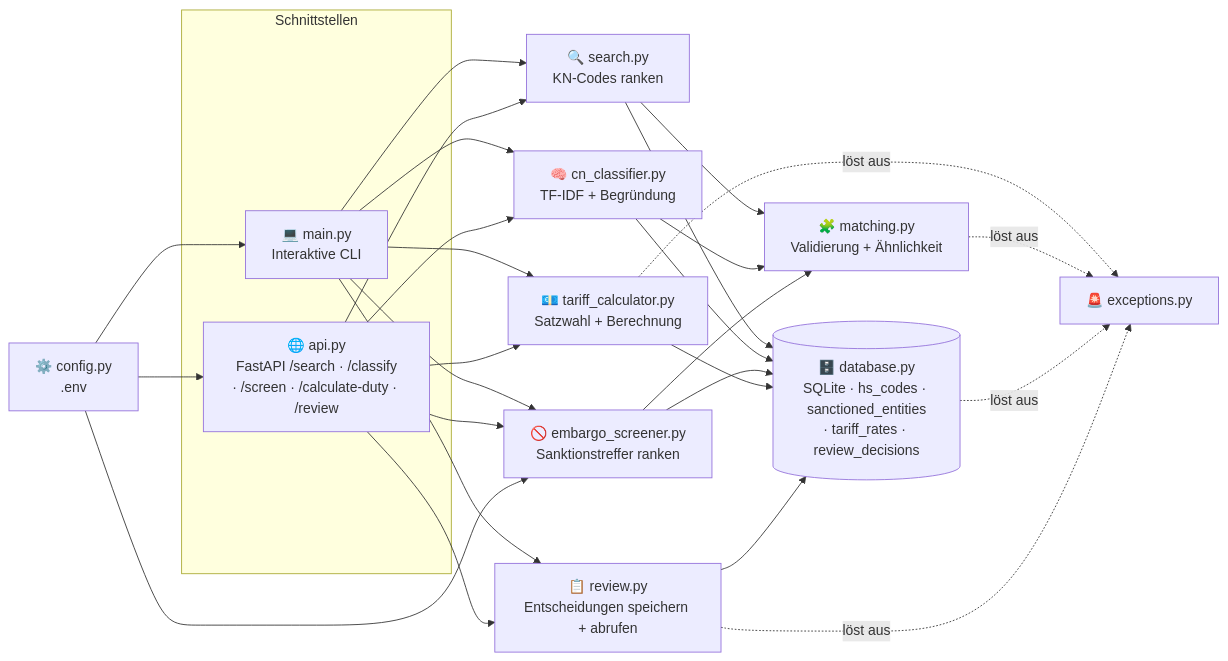
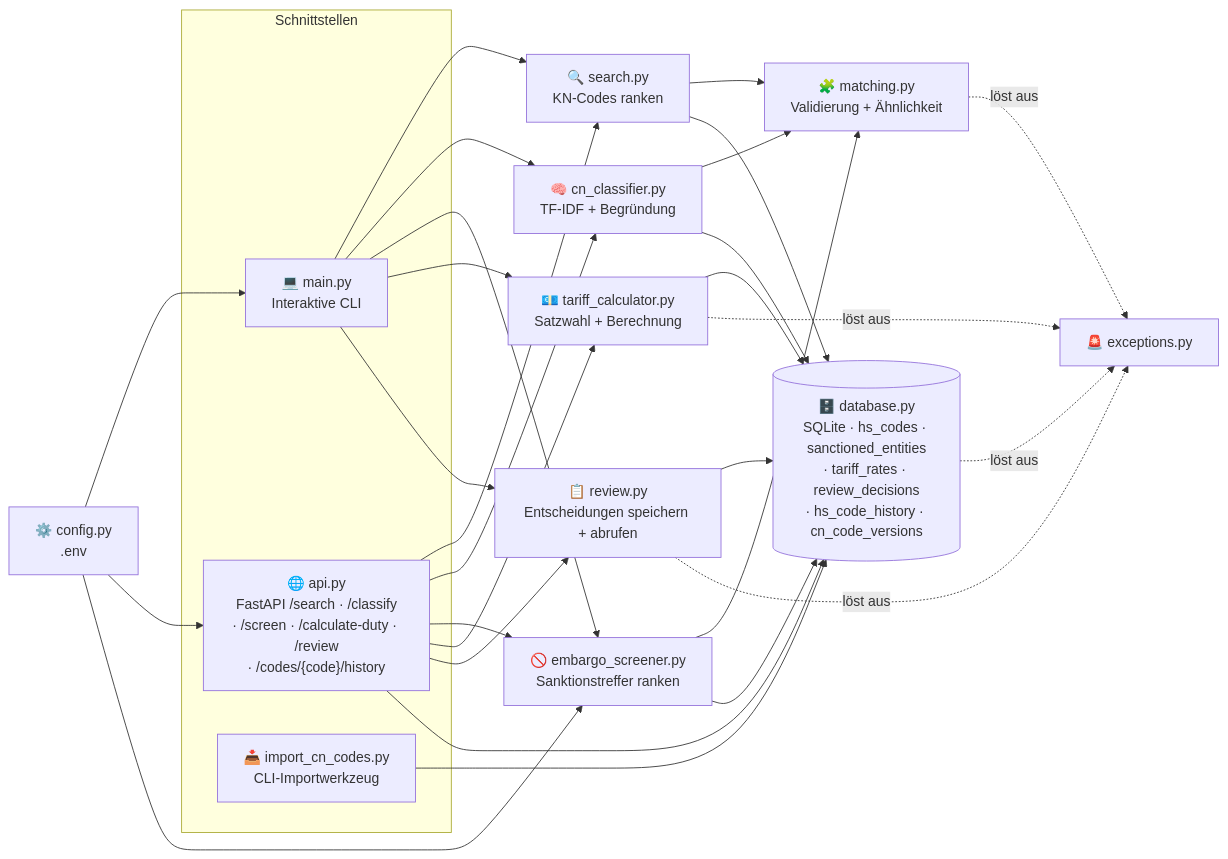
The first of 2 diagrams in README.de.md (Mutersec/CustomsIQ), drawn with Mermaid before and after one commit. The commit also changed other lines of this file and 9 other files, not shown here.

First line of the commit message:
Version CN code history with SCD Type 2 (hs_code_history, cn_code_versions)

````diff
--- a/README.de.md
+++ b/README.de.md
@@ -96,43 +97,46 @@
 ```mermaid
 flowchart LR
     subgraph Schnittstellen
         CLI["💻 main.py<br/>Interaktive CLI"]
-        API["🌐 api.py<br/>FastAPI /search · /classify<br/>· /screen · /calculate-duty · /review"]
+        API["🌐 api.py<br/>FastAPI /search · /classify<br/>· /screen · /calculate-duty · /review<br/>· /codes/{code}/history"]
+        IMPORT["📥 import_cn_codes.py<br/>CLI-Importwerkzeug"]
     end
 
     SEARCH["🔍 search.py<br/>KN-Codes ranken"]
     CLS["🧠 cn_classifier.py<br/>TF-IDF + Begründung"]
     SCREEN["🚫 embargo_screener.py<br/>Sanktionstreffer ranken"]
     DUTY["💶 tariff_calculator.py<br/>Satzwahl + Berechnung"]
     REVIEW["📋 review.py<br/>Entscheidungen speichern + abrufen"]
     MATCH["🧩 matching.py<br/>Validierung + Ähnlichkeit"]
-    DB[("🗄️ database.py<br/>SQLite · hs_codes · sanctioned_entities<br/>· tariff_rates · review_decisions")]
+    DB[("🗄️ database.py<br/>SQLite · hs_codes · sanctioned_entities<br/>· tariff_rates · review_decisions<br/>· hs_code_history · cn_code_versions")]
     EXC["🚨 exceptions.py"]
     CFG["⚙️ config.py<br/>.env"]
 
     CLI --> SEARCH
     CLI --> CLS
     CLI --> SCREEN
     CLI --> DUTY
     CLI --> REVIEW
     API --> SEARCH
     API --> CLS
     API --> SCREEN
     API --> DUTY
     API --> REVIEW
+    API --> DB
+    IMPORT --> DB
     SEARCH --> MATCH
     CLS --> MATCH
     SCREEN --> MATCH
     SEARCH --> DB
     CLS --> DB
     SCREEN --> DB
     DUTY --> DB
     REVIEW --> DB
     DUTY -. löst aus .-> EXC
     MATCH -. löst aus .-> EXC
     DB -. löst aus .-> EXC
     REVIEW -. löst aus .-> EXC
     CFG --> CLI
     CFG --> API
     CFG --> SCREEN
 ```
````
